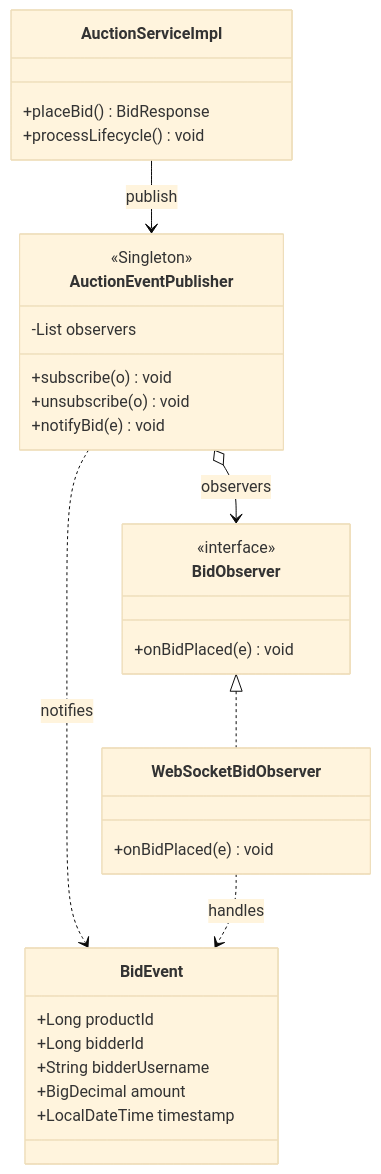
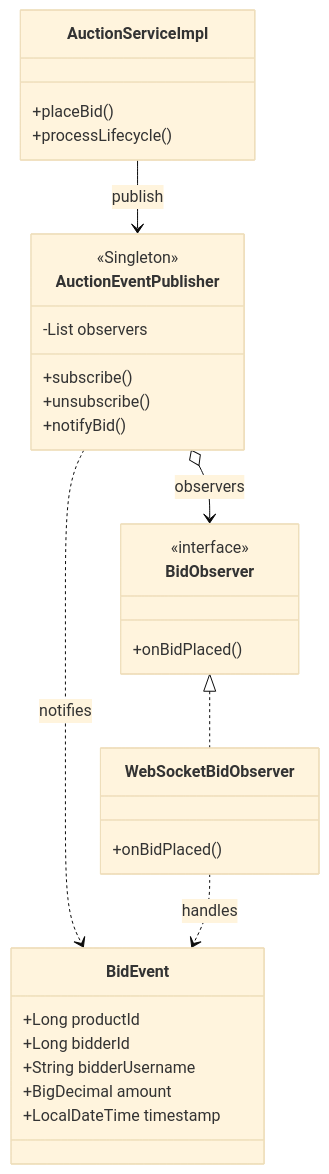
One commit to quagn-collab/GROUP-6-BTL changed the fourth of 6 diagrams in docs/README/README.md. Above: the diagram before and after it, drawn with Mermaid (base theme). The commit also changed other lines of this file, not shown here.

````diff
--- a/docs/README/README.md
+++ b/docs/README/README.md
@@ -187,34 +184,33 @@
 ```mermaid
 classDiagram
-    direction TB
-    class AuctionEventPublisher {
-        -List observers
-        +subscribe(o) void
-        +unsubscribe(o) void
-        +notifyBid(e) void
-    }
-    class BidObserver {
-        <<interface>>
-        +onBidPlaced(e) void
-    }
-    class WebSocketBidObserver {
-        +onBidPlaced(e) void
-    }
-    class BidEvent {
-        +Long productId
-        +Long bidderId
-        +String bidderUsername
-        +BigDecimal amount
-        +LocalDateTime timestamp
-    }
-    class AuctionServiceImpl {
-        +placeBid() BidResponse
-        +processLifecycle() void
-    }
-    BidObserver <|.. WebSocketBidObserver
-    AuctionEventPublisher o--> BidObserver : observers
-    AuctionEventPublisher ..> BidEvent : notifies
-    WebSocketBidObserver ..> BidEvent : handles
-    AuctionServiceImpl --> AuctionEventPublisher : publish
-    <<Singleton>> AuctionEventPublisher
+  class AuctionEventPublisher {
+    <<Singleton>>
+    -List observers
+    +subscribe()
+    +unsubscribe()
+    +notifyBid()
+  }
+  class BidObserver {
+    <<interface>>
+    +onBidPlaced()
+  }
+  class WebSocketBidObserver {
+    +onBidPlaced()
+  }
+  class BidEvent {
+    +Long productId
+    +Long bidderId
+    +String bidderUsername
+    +BigDecimal amount
+    +LocalDateTime timestamp
+  }
+  class AuctionServiceImpl {
+    +placeBid()
+    +processLifecycle()
+  }
+  BidObserver <|.. WebSocketBidObserver
+  AuctionEventPublisher o--> BidObserver : observers
+  AuctionEventPublisher ..> BidEvent : notifies
+  WebSocketBidObserver ..> BidEvent : handles
+  AuctionServiceImpl --> AuctionEventPublisher : publish
 ```
````
